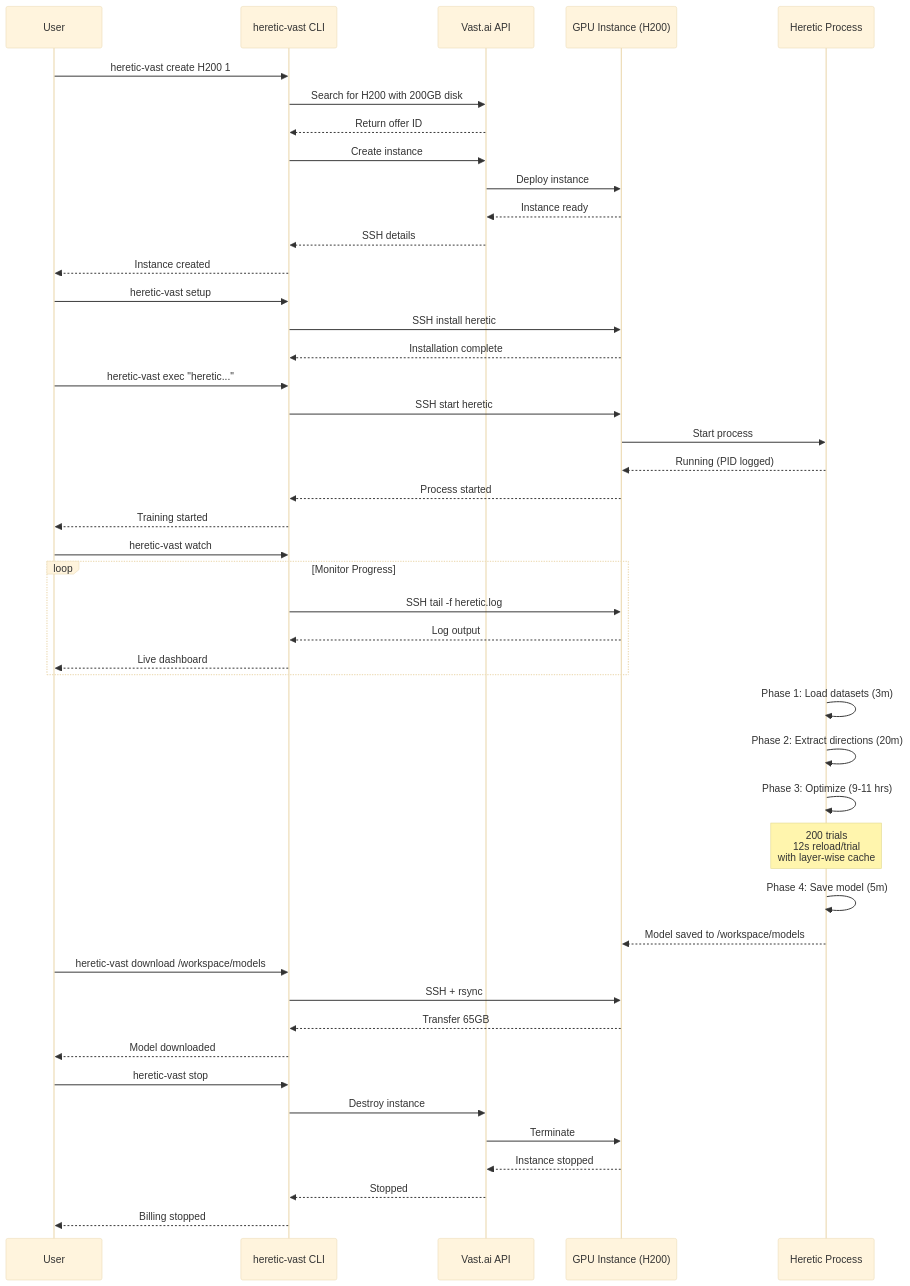
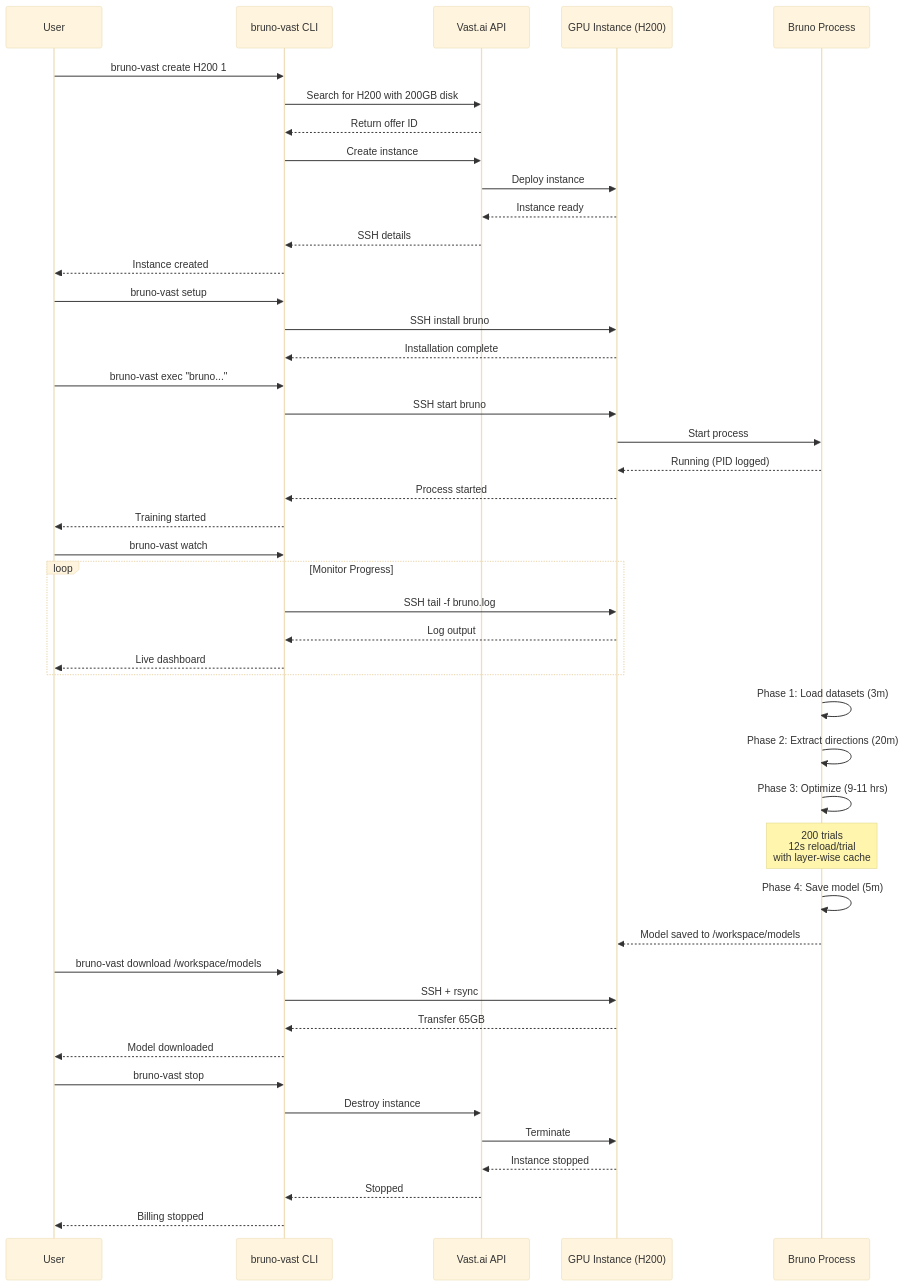
Before and after one commit to quanticsoul4772/abliteration-workflow: diagram 17 of 21 in claudedocs/HERETIC_WORKFLOW_MERMAID.md, drawn with Mermaid (base theme). The commit also changed other lines of this file and 27 other files, not shown here.

````diff
--- a/claudedocs/HERETIC_WORKFLOW_MERMAID.md
+++ b/claudedocs/HERETIC_WORKFLOW_MERMAID.md
@@ -711,54 +711,54 @@
 ```mermaid
 sequenceDiagram
     participant User
-    participant VastCLI as heretic-vast CLI
+    participant VastCLI as bruno-vast CLI
     participant VastAPI as Vast.ai API
     participant GPU as GPU Instance (H200)
-    participant Heretic as Heretic Process
+    participant Bruno as Bruno Process
 
-    User->>VastCLI: heretic-vast create H200 1
+    User->>VastCLI: bruno-vast create H200 1
     VastCLI->>VastAPI: Search for H200 with 200GB disk
     VastAPI-->>VastCLI: Return offer ID
     VastCLI->>VastAPI: Create instance
     VastAPI->>GPU: Deploy instance
     GPU-->>VastAPI: Instance ready
     VastAPI-->>VastCLI: SSH details
     VastCLI-->>User: Instance created
 
-    User->>VastCLI: heretic-vast setup
-    VastCLI->>GPU: SSH install heretic
+    User->>VastCLI: bruno-vast setup
+    VastCLI->>GPU: SSH install bruno
     GPU-->>VastCLI: Installation complete
 
-    User->>VastCLI: heretic-vast exec "heretic..."
-    VastCLI->>GPU: SSH start heretic
-    GPU->>Heretic: Start process
-    Heretic-->>GPU: Running (PID logged)
+    User->>VastCLI: bruno-vast exec "bruno..."
+    VastCLI->>GPU: SSH start bruno
+    GPU->>Bruno: Start process
+    Bruno-->>GPU: Running (PID logged)
     GPU-->>VastCLI: Process started
     VastCLI-->>User: Training started
 
-    User->>VastCLI: heretic-vast watch
+    User->>VastCLI: bruno-vast watch
     loop Monitor Progress
-        VastCLI->>GPU: SSH tail -f heretic.log
+        VastCLI->>GPU: SSH tail -f bruno.log
         GPU-->>VastCLI: Log output
         VastCLI-->>User: Live dashboard
     end
 
-    Heretic->>Heretic: Phase 1: Load datasets (3m)
-    Heretic->>Heretic: Phase 2: Extract directions (20m)
-    Heretic->>Heretic: Phase 3: Optimize (9-11 hrs)
-    Note over Heretic: 200 trials<br/>12s reload/trial<br/>with layer-wise cache
-    Heretic->>Heretic: Phase 4: Save model (5m)
-    Heretic-->>GPU: Model saved to /workspace/models
+    Bruno->>Bruno: Phase 1: Load datasets (3m)
+    Bruno->>Bruno: Phase 2: Extract directions (20m)
+    Bruno->>Bruno: Phase 3: Optimize (9-11 hrs)
+    Note over Bruno: 200 trials<br/>12s reload/trial<br/>with layer-wise cache
+    Bruno->>Bruno: Phase 4: Save model (5m)
+    Bruno-->>GPU: Model saved to /workspace/models
 
-    User->>VastCLI: heretic-vast download /workspace/models
+    User->>VastCLI: bruno-vast download /workspace/models
     VastCLI->>GPU: SSH + rsync
     GPU-->>VastCLI: Transfer 65GB
     VastCLI-->>User: Model downloaded
 
-    User->>VastCLI: heretic-vast stop
+    User->>VastCLI: bruno-vast stop
     VastCLI->>VastAPI: Destroy instance
     VastAPI->>GPU: Terminate
     GPU-->>VastAPI: Instance stopped
     VastAPI-->>VastCLI: Stopped
     VastCLI-->>User: Billing stopped
 ```
````
